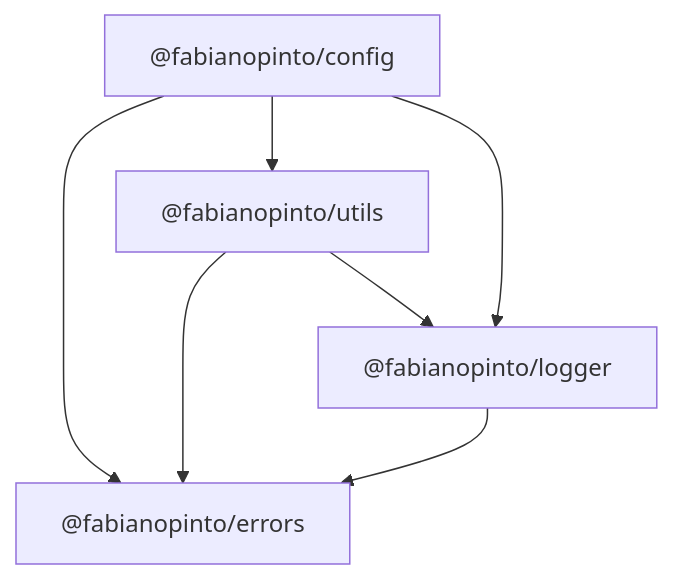
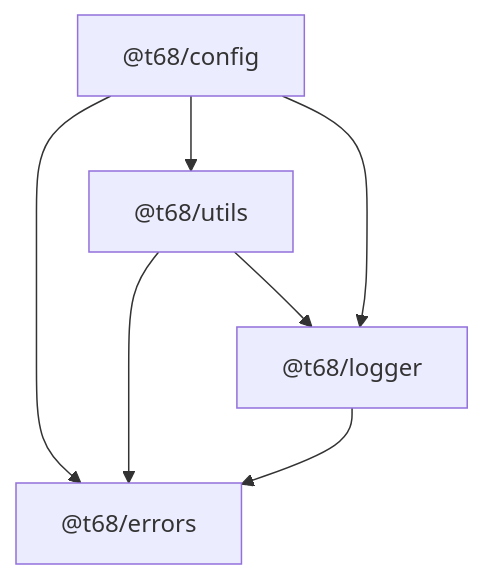
Before and after one commit to fabianopinto/ts-common: the diagram in README.md, drawn with Mermaid. The commit also changed other lines of this file and 44 other files, not shown here.

````diff
--- a/README.md
+++ b/README.md
@@ -18,15 +18,15 @@
 ```mermaid
 graph TD
-  errors["@fabianopinto/errors"]
-  config["@fabianopinto/config"]
-  logger["@fabianopinto/logger"]
-  utils["@fabianopinto/utils"]
+  errors["@t68/errors"]
+  config["@t68/config"]
+  logger["@t68/logger"]
+  utils["@t68/utils"]
 
   %% Internal package dependencies (direction: dependent --> dependency)
   logger --> errors
   utils --> errors
   utils --> logger
   config --> errors
   config --> utils
   config --> logger
 ```
````
